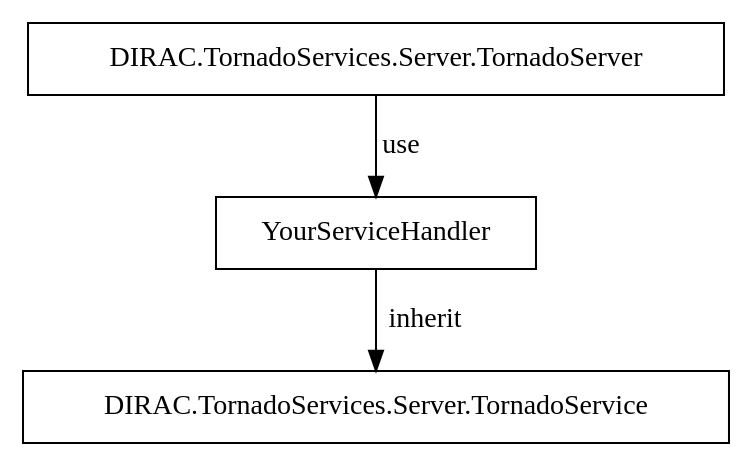
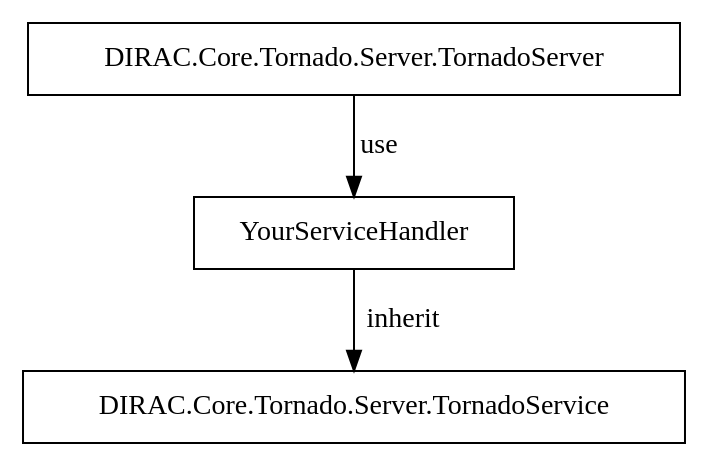
One commit to DIRACGrid/DIRAC changed the first of 2 diagrams in docs/source/DeveloperGuide/TornadoServices/index.rst. Above: the diagram before and after it, drawn with Graphviz. The commit also changed other lines of this file and 35 other files, not shown here.

Commit message:
Moving DIRAC.TornadoServices into DIRAC.Core.Tornado

```diff
--- a/docs/source/DeveloperGuide/TornadoServices/index.rst
+++ b/docs/source/DeveloperGuide/TornadoServices/index.rst
@@ -18,12 +18,12 @@
 .. graphviz::
 
    digraph {
    TornadoServer -> YourServiceHandler [label=use];
    YourServiceHandler ->  TornadoService[label=inherit];
    
 
-   TornadoServer  [shape=polygon,sides=4, label = "DIRAC.TornadoServices.Server.TornadoServer"];
-   TornadoService  [shape=polygon,sides=4, label = "DIRAC.TornadoServices.Server.TornadoService"];
+   TornadoServer  [shape=polygon,sides=4, label = "DIRAC.Core.Tornado.Server.TornadoServer"];
+   TornadoService  [shape=polygon,sides=4, label = "DIRAC.Core.Tornado.Server.TornadoService"];
    YourServiceHandler  [shape=polygon,sides=4];
 
    }
```
